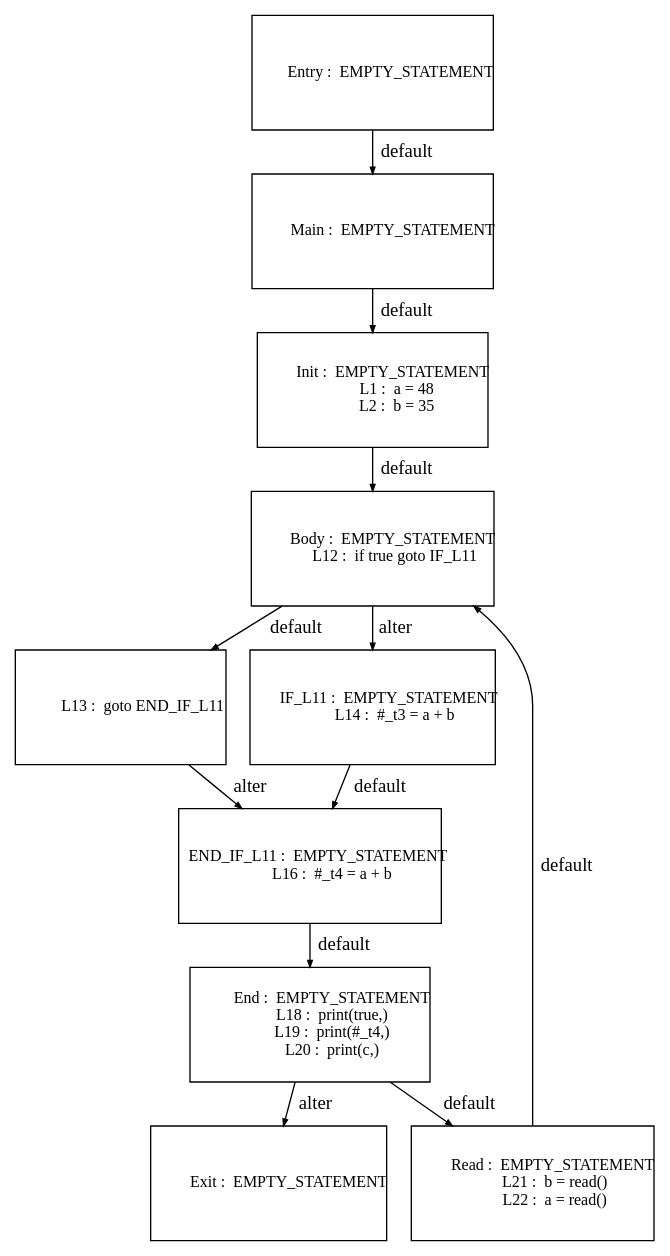
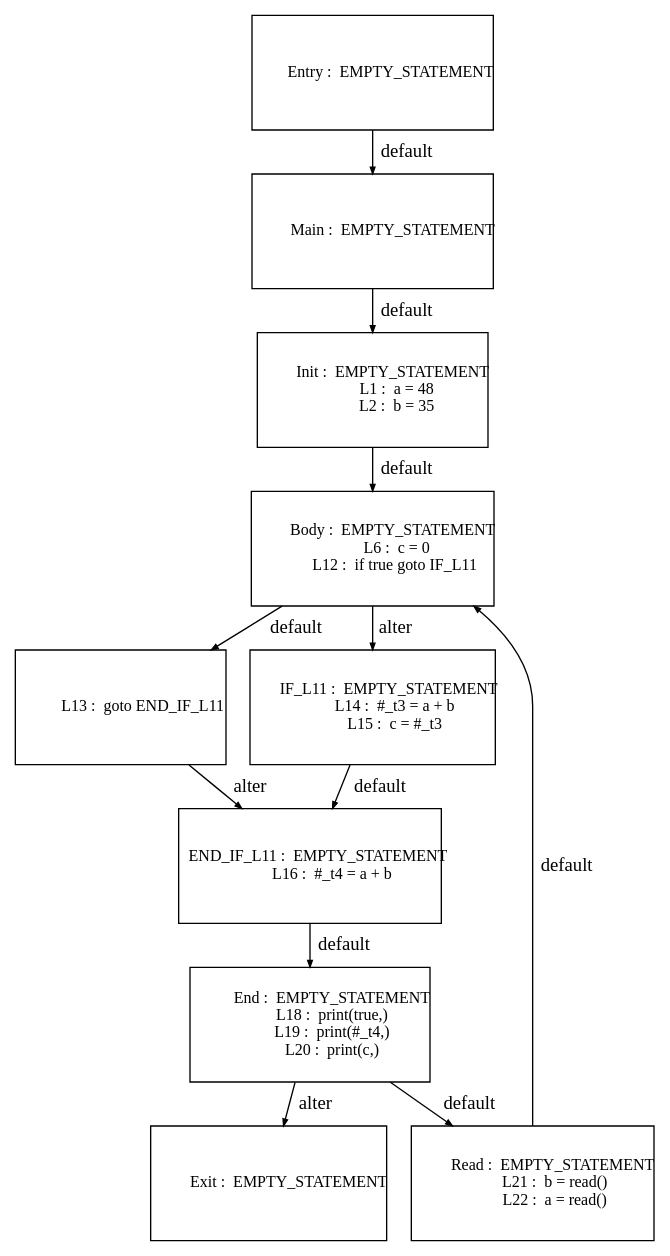
Before and after one commit to Geoffrey1014/ST_DSE: the diagram in tests_programs/dataflow/06_test_output/Graph_DSE_0.dot, drawn with Graphviz. The commit also changed 213 other files, not shown here.

```diff
--- a/tests_programs/dataflow/06_test_output/Graph_DSE_0.dot
+++ b/tests_programs/dataflow/06_test_output/Graph_DSE_0.dot
@@ -1,86 +1,94 @@
 digraph G {
   ranksep=.25;
   edge [arrowsize=.5]
   node [shape=rectangle, fontname="ArialNarrow",
         fontsize=12,  height=1.2];
   "           Main :  EMPTY_STATEMENT
 "; "           Init :  EMPTY_STATEMENT
              L1 :  a = 48
              L2 :  b = 35
 "; "           Body :  EMPTY_STATEMENT
+             L6 :  c = 0
             L12 :  if true goto IF_L11
 "; "            L13 :  goto END_IF_L11
 "; "         IF_L11 :  EMPTY_STATEMENT
             L14 :  #_t3 = a + b
+            L15 :  c = #_t3
 "; "     END_IF_L11 :  EMPTY_STATEMENT
             L16 :  #_t4 = a + b
 "; "          Entry :  EMPTY_STATEMENT
 "; "            End :  EMPTY_STATEMENT
             L18 :  print(true,)
             L19 :  print(#_t4,)
             L20 :  print(c,)
 "; "           Exit :  EMPTY_STATEMENT
 "; "           Read :  EMPTY_STATEMENT
             L21 :  b = read()
             L22 :  a = read()
 "; 
   "           Main :  EMPTY_STATEMENT
 " -> "           Init :  EMPTY_STATEMENT
              L1 :  a = 48
              L2 :  b = 35
 "  [label="default"];
   "           Init :  EMPTY_STATEMENT
              L1 :  a = 48
              L2 :  b = 35
 " -> "           Body :  EMPTY_STATEMENT
+             L6 :  c = 0
             L12 :  if true goto IF_L11
 "  [label="default"];
   "           Body :  EMPTY_STATEMENT
+             L6 :  c = 0
             L12 :  if true goto IF_L11
 " -> "            L13 :  goto END_IF_L11
 "  [label="default"];
   "           Body :  EMPTY_STATEMENT
+             L6 :  c = 0
             L12 :  if true goto IF_L11
 " -> "         IF_L11 :  EMPTY_STATEMENT
             L14 :  #_t3 = a + b
+            L15 :  c = #_t3
 "  [label="alter"];
   "            L13 :  goto END_IF_L11
 " -> "     END_IF_L11 :  EMPTY_STATEMENT
             L16 :  #_t4 = a + b
 "  [label="alter"];
   "         IF_L11 :  EMPTY_STATEMENT
             L14 :  #_t3 = a + b
+            L15 :  c = #_t3
 " -> "     END_IF_L11 :  EMPTY_STATEMENT
             L16 :  #_t4 = a + b
 "  [label="default"];
   "     END_IF_L11 :  EMPTY_STATEMENT
             L16 :  #_t4 = a + b
 " -> "            End :  EMPTY_STATEMENT
             L18 :  print(true,)
             L19 :  print(#_t4,)
             L20 :  print(c,)
 "  [label="default"];
   "          Entry :  EMPTY_STATEMENT
 " -> "           Main :  EMPTY_STATEMENT
 "  [label="default"];
   "            End :  EMPTY_STATEMENT
             L18 :  print(true,)
             L19 :  print(#_t4,)
             L20 :  print(c,)
 " -> "           Read :  EMPTY_STATEMENT
             L21 :  b = read()
             L22 :  a = read()
 "  [label="default"];
   "            End :  EMPTY_STATEMENT
             L18 :  print(true,)
             L19 :  print(#_t4,)
             L20 :  print(c,)
 " -> "           Exit :  EMPTY_STATEMENT
 "  [label="alter"];
   "           Read :  EMPTY_STATEMENT
             L21 :  b = read()
             L22 :  a = read()
 " -> "           Body :  EMPTY_STATEMENT
+             L6 :  c = 0
             L12 :  if true goto IF_L11
 "  [label="default"];
 }
```
